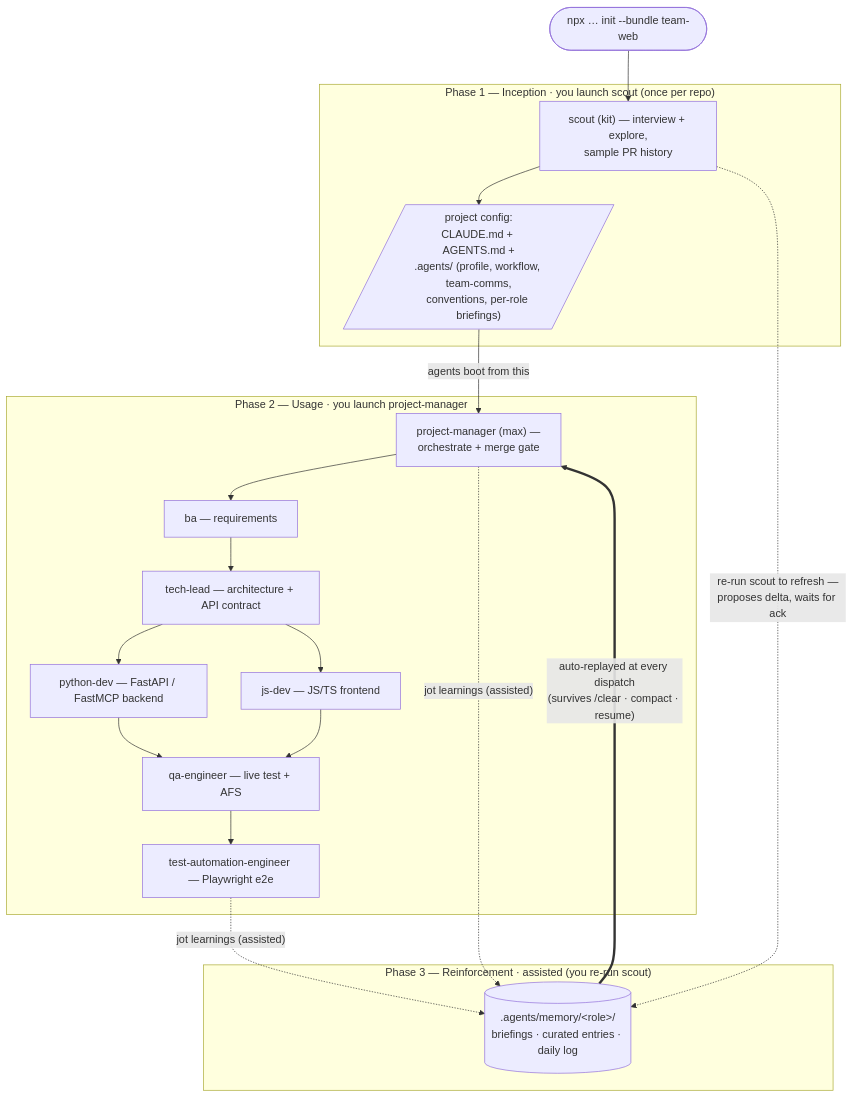
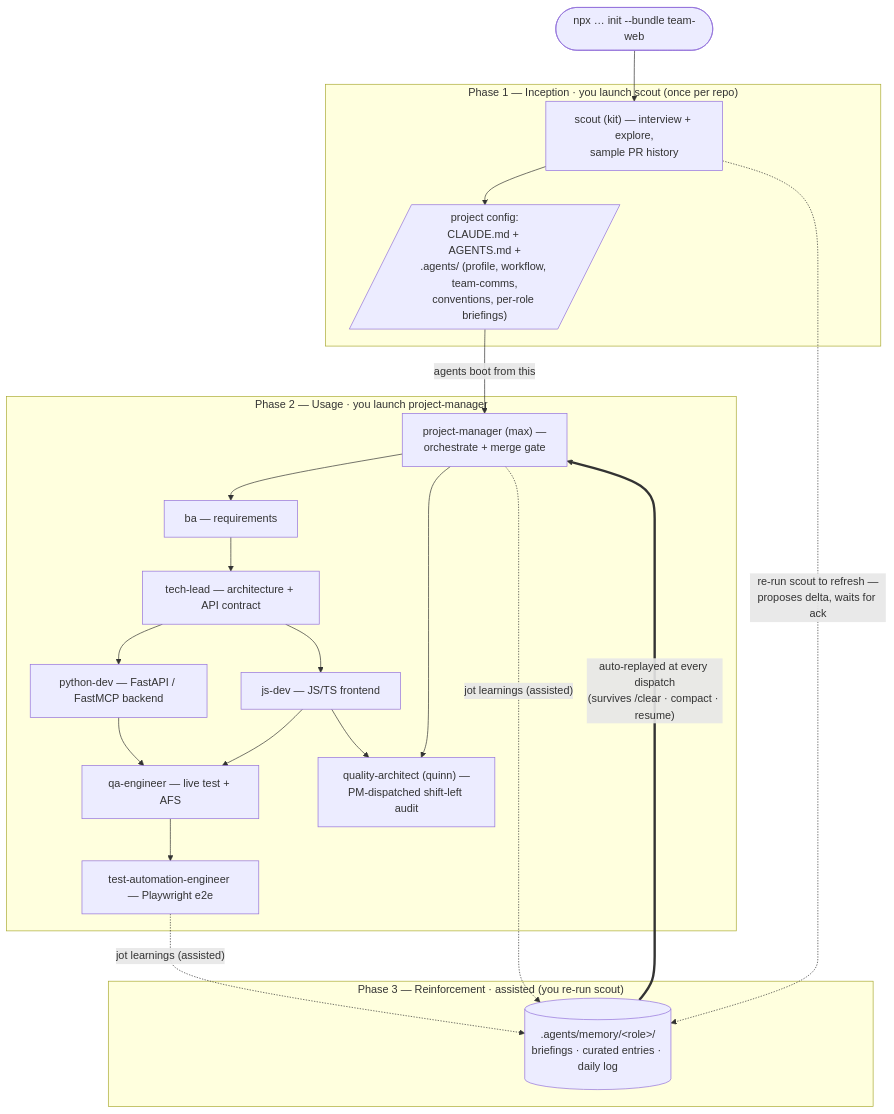
Before and after one commit to arozumenko/sdlc-skills: the diagram in bundles/team-web/README.md, drawn with Mermaid. The commit also changed other lines of this file and 27 other files, not shown here.

First line of the commit message:
feat(quality-architect): wire Quinn into the team-web bundle as a shift-left gate (port P3)

````diff
--- a/bundles/team-web/README.md
+++ b/bundles/team-web/README.md
@@ -68,37 +68,40 @@
 ```mermaid
 flowchart TD
     install(["npx … init --bundle team-web"]) --> scout
 
     subgraph p1["Phase 1 — Inception · you launch scout (once per repo)"]
         scout["scout (kit) — interview + explore,<br/>sample PR history"]
         brief[/"project config:<br/>CLAUDE.md + AGENTS.md +<br/>.agents/ (profile, workflow, team-comms,<br/>conventions, per-role briefings)"/]
         scout --> brief
     end
 
     subgraph p2["Phase 2 — Usage · you launch project-manager"]
         pm["project-manager (max) —<br/>orchestrate + merge gate"]
         ba["ba — requirements"]
         tl["tech-lead — architecture + API contract"]
         py["python-dev — FastAPI / FastMCP backend"]
         js["js-dev — JS/TS frontend"]
         qa["qa-engineer — live test + AFS"]
         tae["test-automation-engineer — Playwright e2e"]
+        qarch["quality-architect (quinn) —<br/>PM-dispatched shift-left audit"]
         pm --> ba --> tl
         tl --> py
         tl --> js
         py --> qa
         js --> qa
         qa --> tae
+        pm --> qarch
+        js --> qarch
     end
 
     brief -->|"agents boot from this"| pm
 
     subgraph p3["Phase 3 — Reinforcement · assisted (you re-run scout)"]
         mem[(".agents/memory/&lt;role&gt;/<br/>briefings · curated entries · daily log")]
     end
 
     pm -. "jot learnings (assisted)" .-> mem
     tae -. "jot learnings (assisted)" .-> mem
     scout -. "re-run scout to refresh —<br/>proposes delta, waits for ack" .-> mem
     mem == "auto-replayed at every dispatch<br/>(survives /clear · compact · resume)" ==> pm
 ```
````
